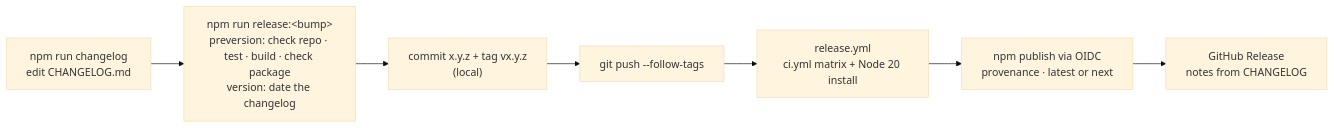
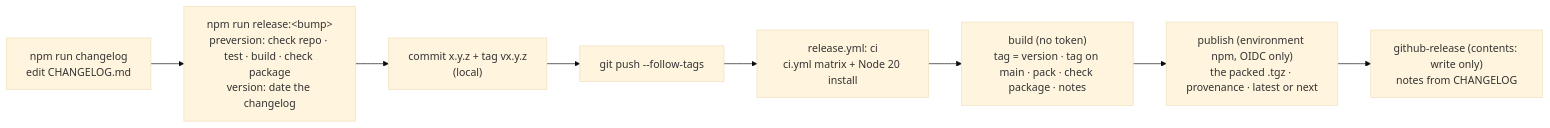
The diagram in docs/RELEASING.md (makubexD/repown), drawn with Mermaid (base theme) before and after one commit. The commit also changed other lines of this file and 6 other files, not shown here.

First line of the commit message:
Split the release into least-privilege jobs gated by an npm environment

````diff
--- a/docs/RELEASING.md
+++ b/docs/RELEASING.md
@@ -15,9 +15,10 @@
 ```mermaid
 flowchart LR
   A["npm run changelog<br/>edit CHANGELOG.md"] --> B["npm run release:&lt;bump&gt;<br/>preversion: check repo · test · build · check package<br/>version: date the changelog"]
   B --> C["commit x.y.z + tag vx.y.z<br/>(local)"]
   C --> D["git push --follow-tags"]
-  D --> E["release.yml<br/>ci.yml matrix + Node 20 install"]
-  E --> F["npm publish via OIDC<br/>provenance · latest or next"]
-  F --> G["GitHub Release<br/>notes from CHANGELOG"]
+  D --> E["release.yml: ci<br/>ci.yml matrix + Node 20 install"]
+  E --> H["build (no token)<br/>tag = version · tag on main · pack · check package · notes"]
+  H --> F["publish (environment npm, OIDC only)<br/>the packed .tgz · provenance · latest or next"]
+  F --> G["github-release (contents: write only)<br/>notes from CHANGELOG"]
 ```
````
